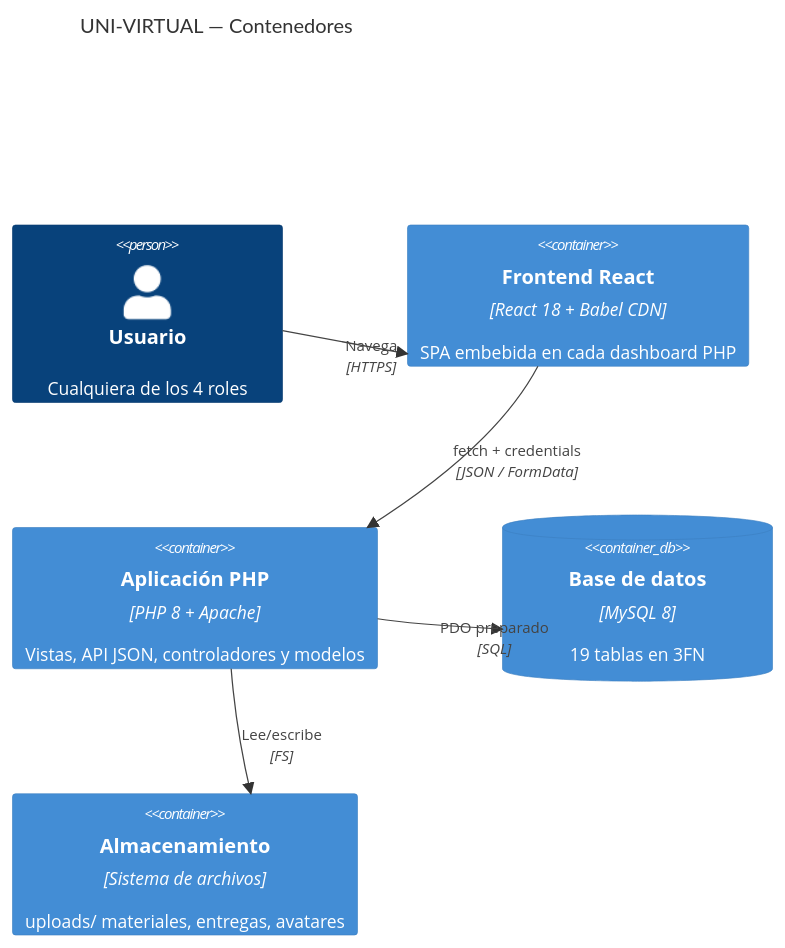
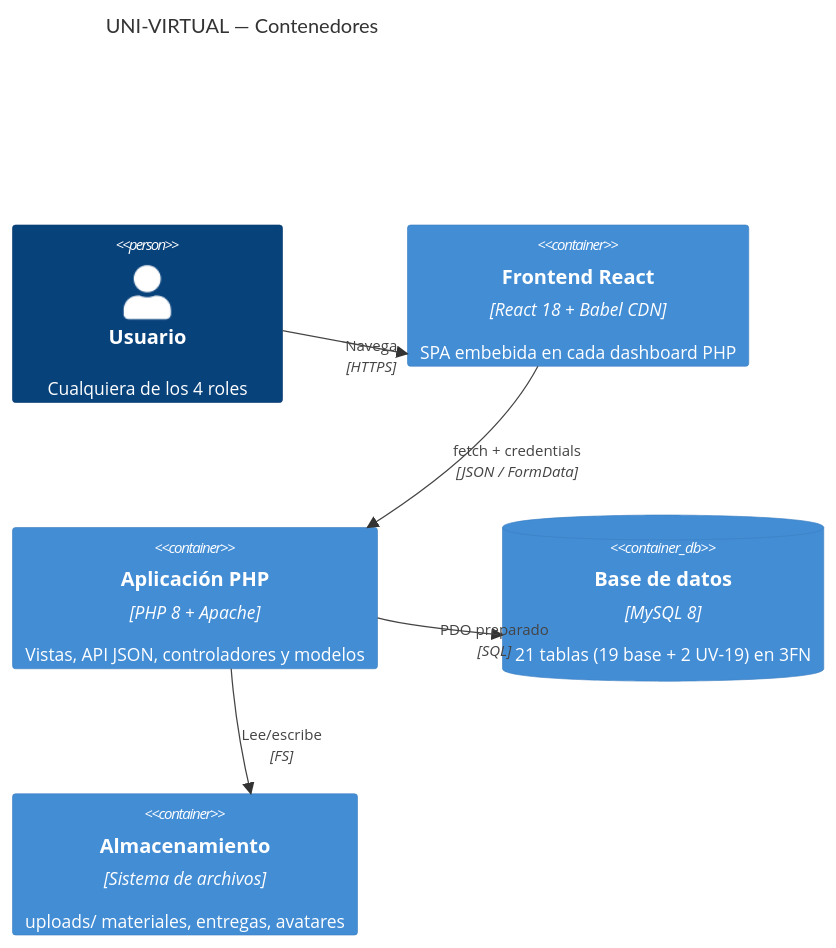
Before and after one commit to wytreep/univirtual: the second of 4 diagrams in avance-historias/02-producto/arquitectura.md, drawn with Mermaid. The commit also changed 32 other files, not shown here.

````diff
--- a/avance-historias/02-producto/arquitectura.md
+++ b/avance-historias/02-producto/arquitectura.md
@@ -60,15 +60,15 @@
 ```mermaid
 C4Container
     title UNI-VIRTUAL — Contenedores
     Person(user, "Usuario", "Cualquiera de los 4 roles")
 
     Container(web, "Frontend React", "React 18 + Babel CDN", "SPA embebida en cada dashboard PHP")
     Container(php, "Aplicación PHP", "PHP 8 + Apache", "Vistas, API JSON, controladores y modelos")
-    ContainerDb(db, "Base de datos", "MySQL 8", "19 tablas en 3FN")
+    ContainerDb(db, "Base de datos", "MySQL 8", "21 tablas (19 base + 2 UV-19) en 3FN")
     Container(files, "Almacenamiento", "Sistema de archivos", "uploads/ materiales, entregas, avatares")
 
     Rel(user, web, "Navega", "HTTPS")
     Rel(web, php, "fetch + credentials", "JSON / FormData")
     Rel(php, db, "PDO preparado", "SQL")
     Rel(php, files, "Lee/escribe", "FS")
 ```
````
